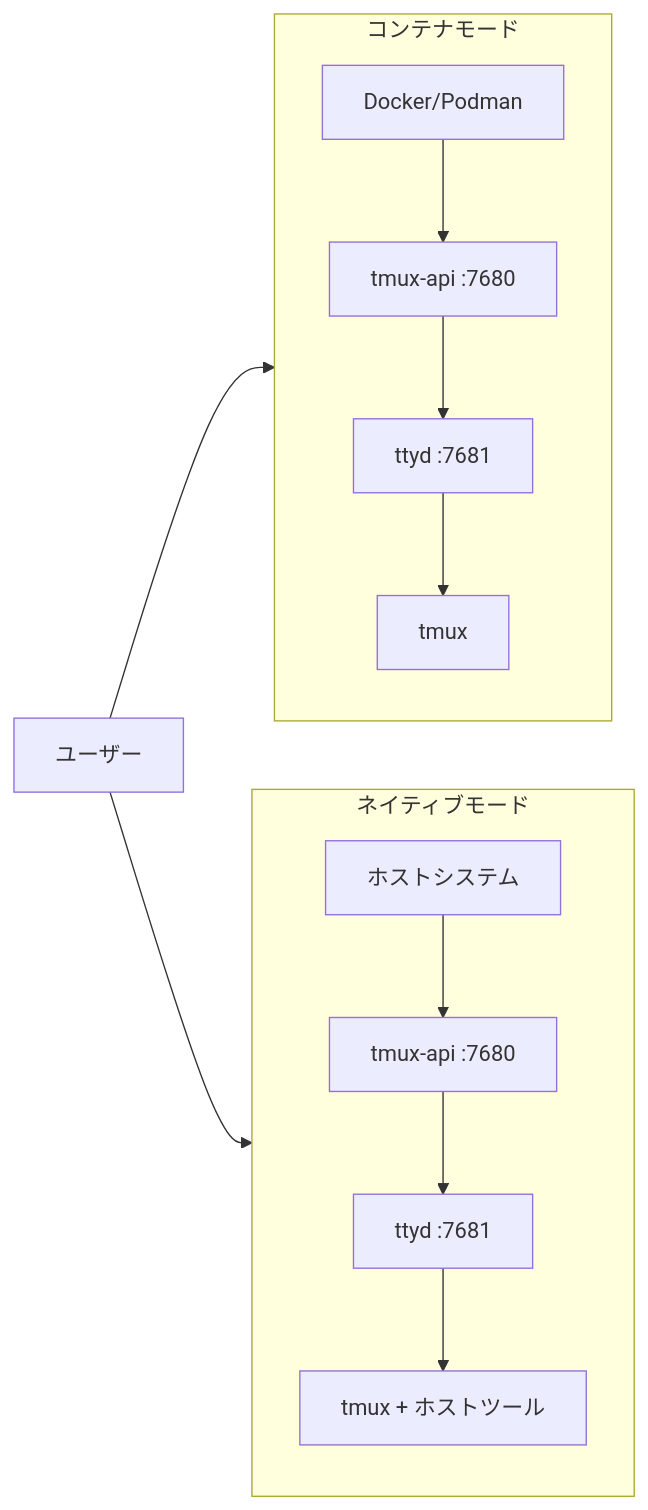
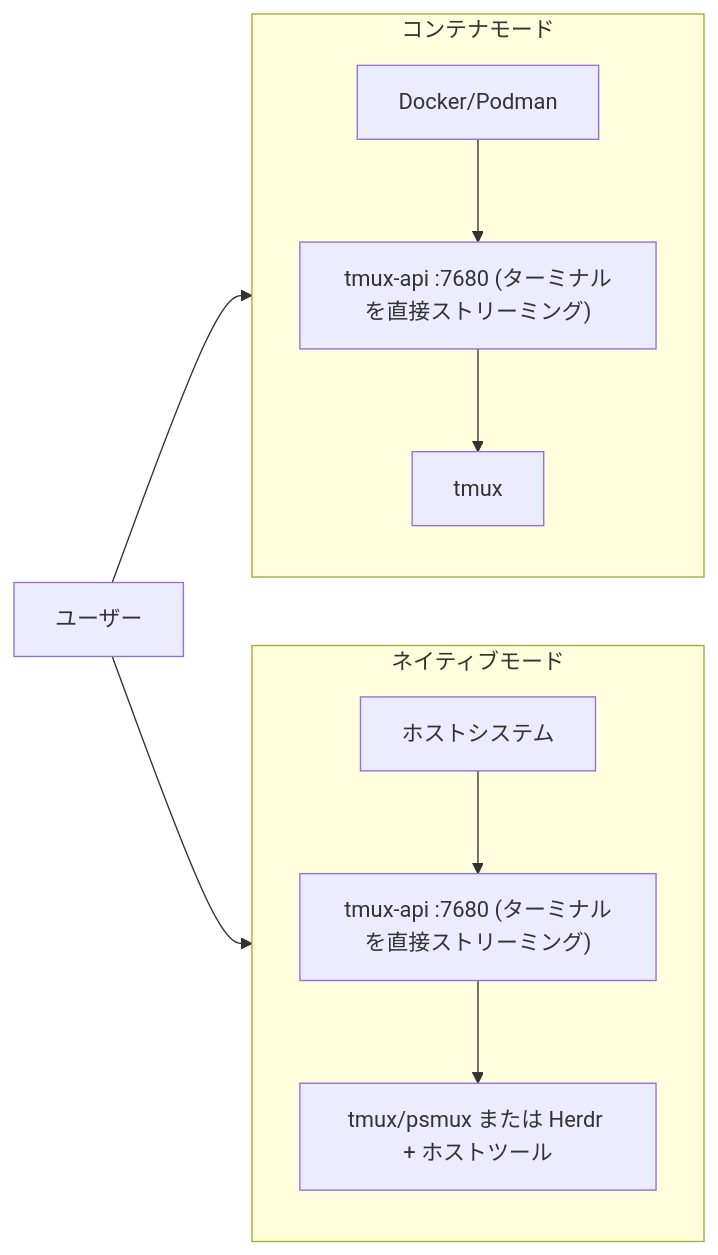
The second of 2 diagrams in README.ja.md (lamngockhuong/termote), drawn with Mermaid before and after one commit. The commit also changed other lines of this file and 16 other files, not shown here.

````diff
--- a/README.ja.md
+++ b/README.ja.md
@@ -219,14 +224,14 @@
 ```mermaid
 flowchart LR
     subgraph Container["コンテナモード"]
         direction TB
-        C1["Docker/Podman"] --> C2["tmux-api :7680"] --> C3["ttyd :7681"] --> C4["tmux"]
+        C1["Docker/Podman"] --> C2["tmux-api :7680 (ターミナルを直接ストリーミング)"] --> C3["tmux"]
     end
 
     subgraph Native["ネイティブモード"]
         direction TB
-        N1["ホストシステム"] --> N2["tmux-api :7680"] --> N3["ttyd :7681"] --> N4["tmux + ホストツール"]
+        N1["ホストシステム"] --> N2["tmux-api :7680 (ターミナルを直接ストリーミング)"] --> N3["tmux/psmux または Herdr + ホストツール"]
     end
 
     User["ユーザー"] --> Container & Native
 ```
````
